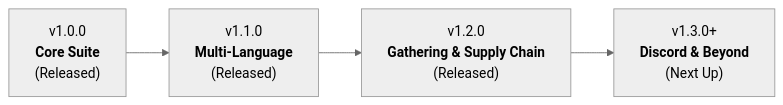
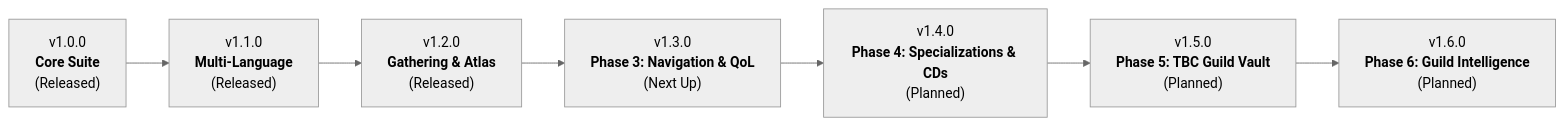
One commit to VhelCodez/GSFHub changed the diagram in ROADMAP.md. Above: the diagram before and after it, drawn with Mermaid (neutral theme). The commit also changed other lines of this file and 2 other files, not shown here.

Commit message:
docs(roadmap): update public 6-phase roadmap, README, and CHANGELOG (Keep a Changelog 1.1.0)

````diff
--- a/ROADMAP.md
+++ b/ROADMAP.md
@@ -9,6 +9,9 @@
 ```mermaid
 graph LR
-    v1["v1.0.0<br/><b>Core Suite</b><br/>(Released)"] --> v11["v1.1.0<br/><b>Multi-Language</b><br/>(Released)"]
-    v11 --> v12["v1.2.0<br/><b>Gathering & Supply Chain</b><br/>(Released)"]
-    v12 --> v13["v1.3.0+<br/><b>Discord & Beyond</b><br/>(Next Up)"]
+    v10["v1.0.0<br/><b>Core Suite</b><br/>(Released)"] --> v11["v1.1.0<br/><b>Multi-Language</b><br/>(Released)"]
+    v11 --> v12["v1.2.0<br/><b>Gathering & Atlas</b><br/>(Released)"]
+    v12 --> v13["v1.3.0<br/><b>Phase 3: Navigation & QoL</b><br/>(Next Up)"]
+    v13 --> v14["v1.4.0<br/><b>Phase 4: Specializations & CDs</b><br/>(Planned)"]
+    v14 --> v15["v1.5.0<br/><b>Phase 5: TBC Guild Vault</b><br/>(Planned)"]
+    v15 --> v16["v1.6.0<br/><b>Phase 6: Guild Intelligence</b><br/>(Planned)"]
 ```
````
